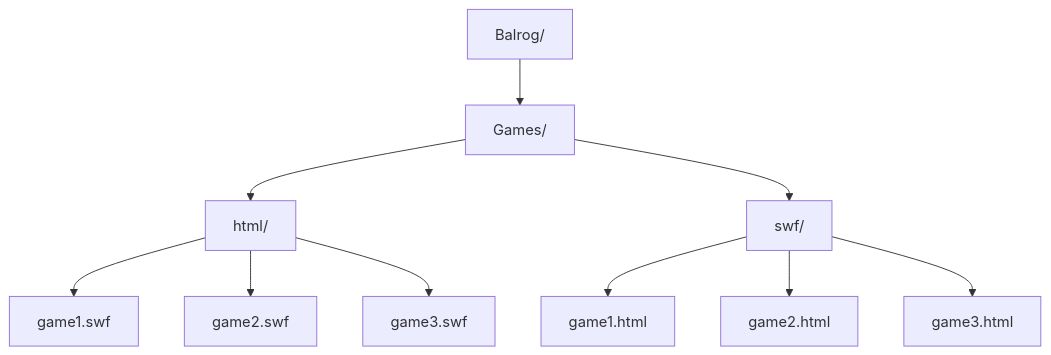
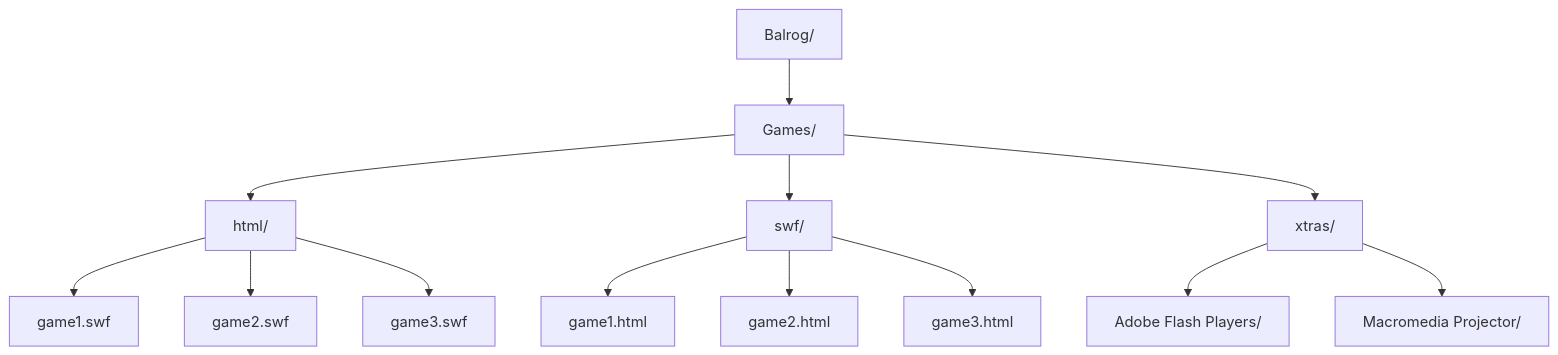
The diagram in Balrog.md (Belthazor86/Valinor), drawn with Mermaid before and after one commit. The commit also changed other lines of this file, not shown here.

Commit message:
Revise game loading instructions and add support details
Updated instructions for loading games and added support for different versions of Adobe Flash Player and Macromedia Projectors.

````diff
--- a/Balrog.md
+++ b/Balrog.md
@@ -24,19 +25,25 @@
 ```mermaid
 graph TD
     Balrog["Balrog/"] --> folder1["Games/"]
 
 
     folder1 --> file1["html/"]
     folder1 --> file2["swf/"]
+    folder1 --> file3["xtras/"]
 
 
-    file1 --> file3["game1.swf"]
-    file1 --> file4["game2.swf"]
-    file1 --> file5["game3.swf"]
+    file1 --> file4["game1.swf"]
+    file1 --> file5["game2.swf"]
+    file1 --> file6["game3.swf"]
 
 
-    file2 --> file6["game1.html"]
-    file2 --> file7["game2.html"]
-    file2 --> file8["game3.html"]
+    file2 --> file7["game1.html"]
+    file2 --> file8["game2.html"]
+    file2 --> file9["game3.html"]
+
+
+    file3 --> file10["Adobe Flash Players/"]
+    file3 --> file11["Macromedia Projector/"]
+
 
 ```
````
